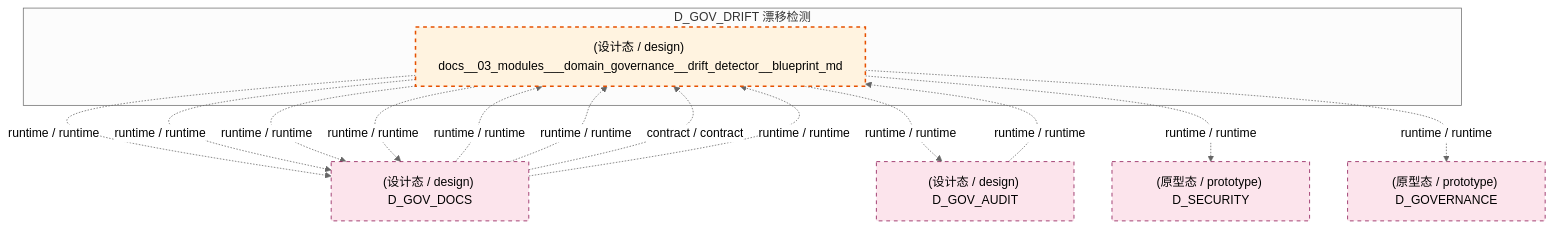
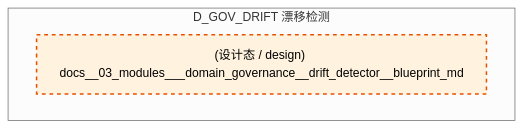
The fifth of 7 diagrams in docs/02_enterprise_architecture/02_domain_architecture_docs/41_d_gov_drift.md (xuanFelixVan/ZephyrAlpha), drawn with Mermaid (neutral theme) before and after one commit. The commit also changed other lines of this file and 101 other files, not shown here.

````diff
--- a/docs/02_enterprise_architecture/02_domain_architecture_docs/41_d_gov_drift.md
+++ b/docs/02_enterprise_architecture/02_domain_architecture_docs/41_d_gov_drift.md
@@ -536,28 +535,11 @@
 ```mermaid
 graph TD
     subgraph D_GOV_DRIFT["D_GOV_DRIFT 漂移检测"]
         docs_03_modules_domain_governance_drift_detector_blueprint_md["(设计态 / design) docs__03_modules___domain_governance__drift_detector__blueprint_md"]
     end
-    D_GOV_DOCS["(设计态 / design) D_GOV_DOCS"]
-    docs_03_modules_domain_governance_drift_detector_blueprint_md -.->|runtime / runtime| D_GOV_DOCS
-    docs_03_modules_domain_governance_drift_detector_blueprint_md -.->|runtime / runtime| D_GOV_DOCS
-    D_GOV_AUDIT["(设计态 / design) D_GOV_AUDIT"]
-    docs_03_modules_domain_governance_drift_detector_blueprint_md -.->|runtime / runtime| D_GOV_AUDIT
-    D_SECURITY["(原型态 / prototype) D_SECURITY"]
-    docs_03_modules_domain_governance_drift_detector_blueprint_md -.->|runtime / runtime| D_SECURITY
-    docs_03_modules_domain_governance_drift_detector_blueprint_md -.->|runtime / runtime| D_GOV_DOCS
-    docs_03_modules_domain_governance_drift_detector_blueprint_md -.->|runtime / runtime| D_GOV_DOCS
-    D_GOVERNANCE["(原型态 / prototype) D_GOVERNANCE"]
-    docs_03_modules_domain_governance_drift_detector_blueprint_md -.->|runtime / runtime| D_GOVERNANCE
-    D_GOV_AUDIT -.->|runtime / runtime| docs_03_modules_domain_governance_drift_detector_blueprint_md
-    D_GOV_DOCS -.->|runtime / runtime| docs_03_modules_domain_governance_drift_detector_blueprint_md
-    D_GOV_DOCS -.->|runtime / runtime| docs_03_modules_domain_governance_drift_detector_blueprint_md
-    D_GOV_DOCS -.->|contract / contract| docs_03_modules_domain_governance_drift_detector_blueprint_md
-    D_GOV_DOCS -.->|runtime / runtime| docs_03_modules_domain_governance_drift_detector_blueprint_md
     classDef production fill:#e1f5fe,stroke:#01579b,stroke-width:2px,color:#000
     classDef design fill:#fff3e0,stroke:#e65100,stroke-width:2px,color:#000,stroke-dasharray: 5 5
     classDef external_prod fill:#e8f5e9,stroke:#1b5e20,stroke-width:1px,color:#000
     classDef external_design fill:#fce4ec,stroke:#880e4f,stroke-width:1px,color:#000,stroke-dasharray: 5 5
     class docs_03_modules_domain_governance_drift_detector_blueprint_md design
-    class D_GOV_DOCS,D_GOV_AUDIT,D_SECURITY,D_GOVERNANCE external_design
 ```
````
